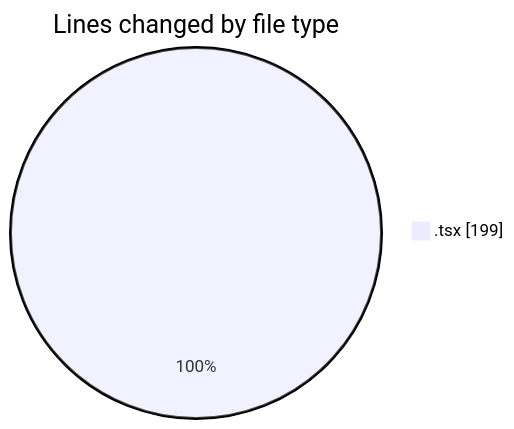
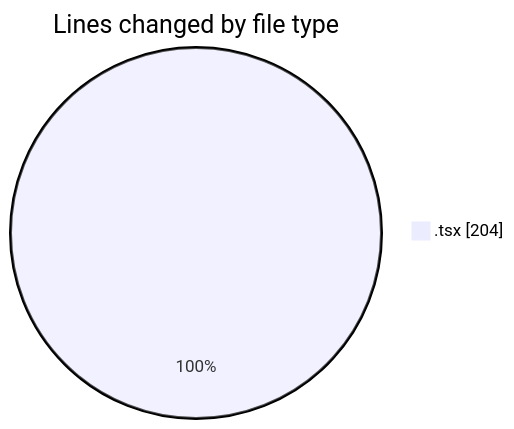
Before and after one commit to momahboobian/code-tracking: the first of 2 diagrams in 2025-01-20/activity-tracker/README.md, drawn with Mermaid. The commit also changed other lines of this file and 1 other file, not shown here.

````diff
--- a/2025-01-20/activity-tracker/README.md
+++ b/2025-01-20/activity-tracker/README.md
@@ -21,5 +21,5 @@
 ```mermaid
 pie showData
 title Lines changed by file type
-".tsx" : 199
+".tsx" : 204
 ```
````
